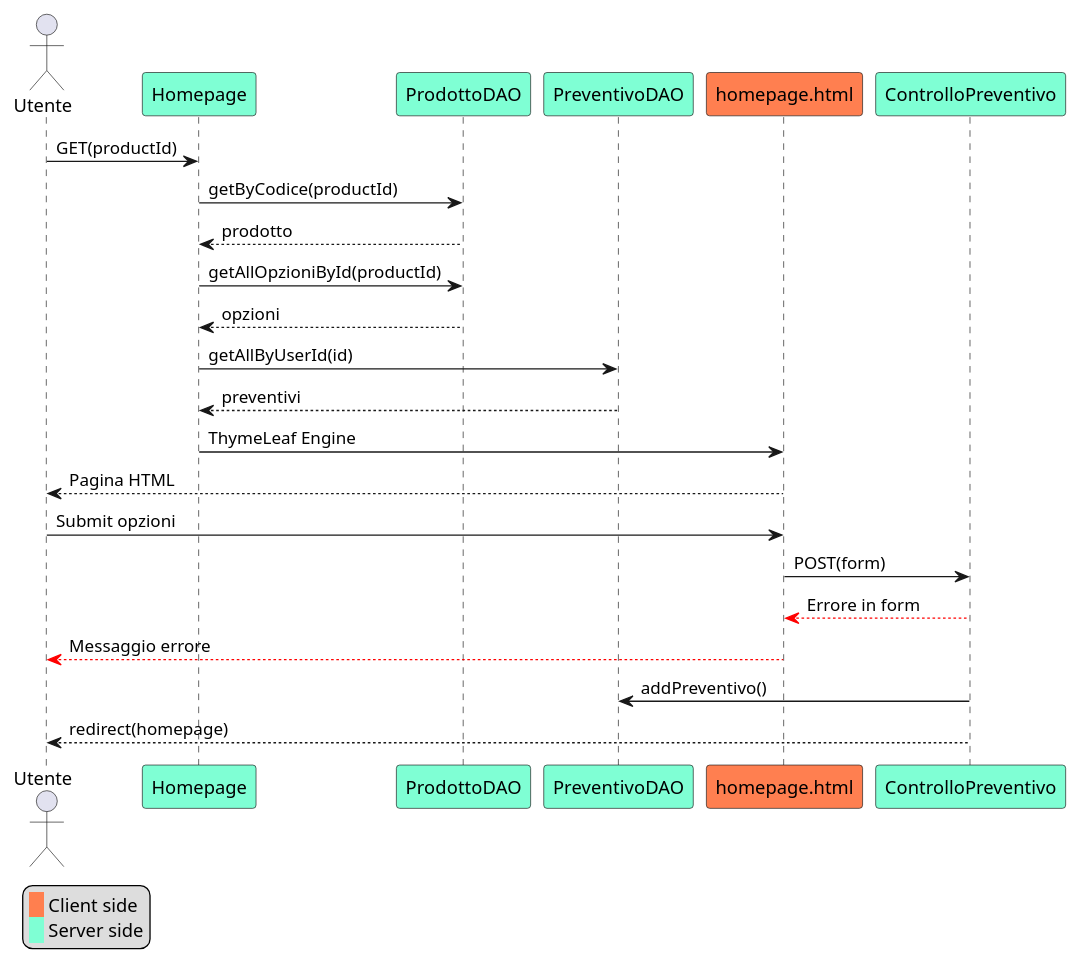
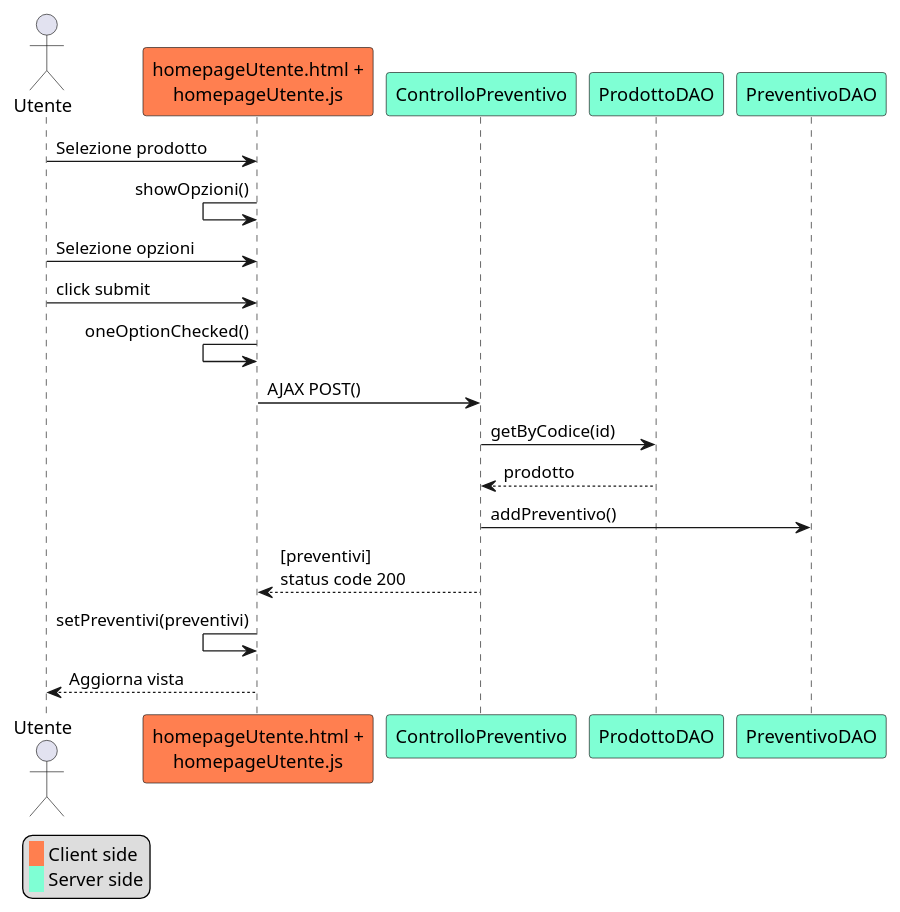
The diagram in doc/sequence_diagrams/JS/richiediPreventivoJS.puml (jonnysciar/TIW_Project), drawn with PlantUML before and after one commit. The commit also changed 8 other files, not shown here.

Commit message:
JS sequence diagram complete

```diff
--- a/doc/sequence_diagrams/JS/richiediPreventivoJS.puml
+++ b/doc/sequence_diagrams/JS/richiediPreventivoJS.puml
@@ -1,32 +1,29 @@
 @startuml
 legend left
  <back:#coral>   </back> Client side
  <back:#aquamarine>   </back> Server side
 endlegend
 
 actor Utente as utente
+skinparam ParticipantBackgroundColor coral
+participant "homepageUtente.html +\nhomepageUtente.js" as homepage
 skinparam ParticipantBackgroundColor aquamarine
-participant Homepage
+participant ControlloPreventivo
 participant ProdottoDAO
 participant PreventivoDAO
-skinparam ParticipantBackgroundColor coral
-participant "homepage.html" as homepage
 
-utente -> Homepage: GET(productId)
+
+utente -> homepage: Selezione prodotto
+homepage <- homepage: showOpzioni()
+utente -> homepage: Selezione opzioni
+utente -> homepage: click submit
+homepage <- homepage: oneOptionChecked()
 skinparam ParticipantBackgroundColor aquamarine
-Homepage -> ProdottoDAO: getByCodice(productId)
-ProdottoDAO --> Homepage: prodotto
-Homepage -> ProdottoDAO: getAllOpzioniById(productId)
-ProdottoDAO --> Homepage: opzioni
-Homepage -> PreventivoDAO: getAllByUserId(id)
-PreventivoDAO --> Homepage: preventivi
-Homepage -> homepage: ThymeLeaf Engine
-homepage -->utente: Pagina HTML
-
-utente -> homepage: Submit opzioni
-homepage -> ControlloPreventivo: POST(form)
-ControlloPreventivo -[#red]-> homepage: Errore in form
-homepage -[#red]-> utente: Messaggio errore
+homepage -> ControlloPreventivo: AJAX POST()
+ControlloPreventivo -> ProdottoDAO: getByCodice(id)
+ProdottoDAO --> ControlloPreventivo: prodotto
 ControlloPreventivo -> PreventivoDAO: addPreventivo()
-ControlloPreventivo --> utente: redirect(homepage) 
+ControlloPreventivo --> homepage: [preventivi]\nstatus code 200
+homepage <- homepage: setPreventivi(preventivi)
+homepage --> utente: Aggiorna vista
 @enduml
```
